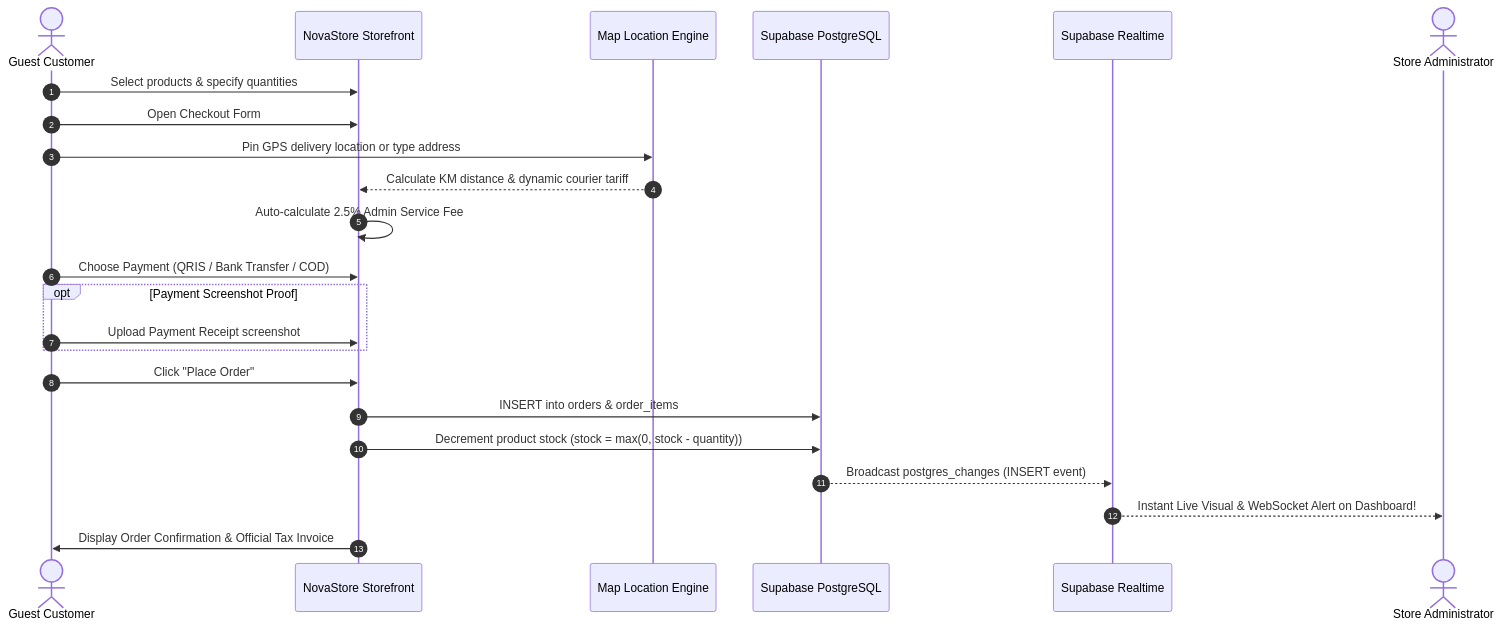
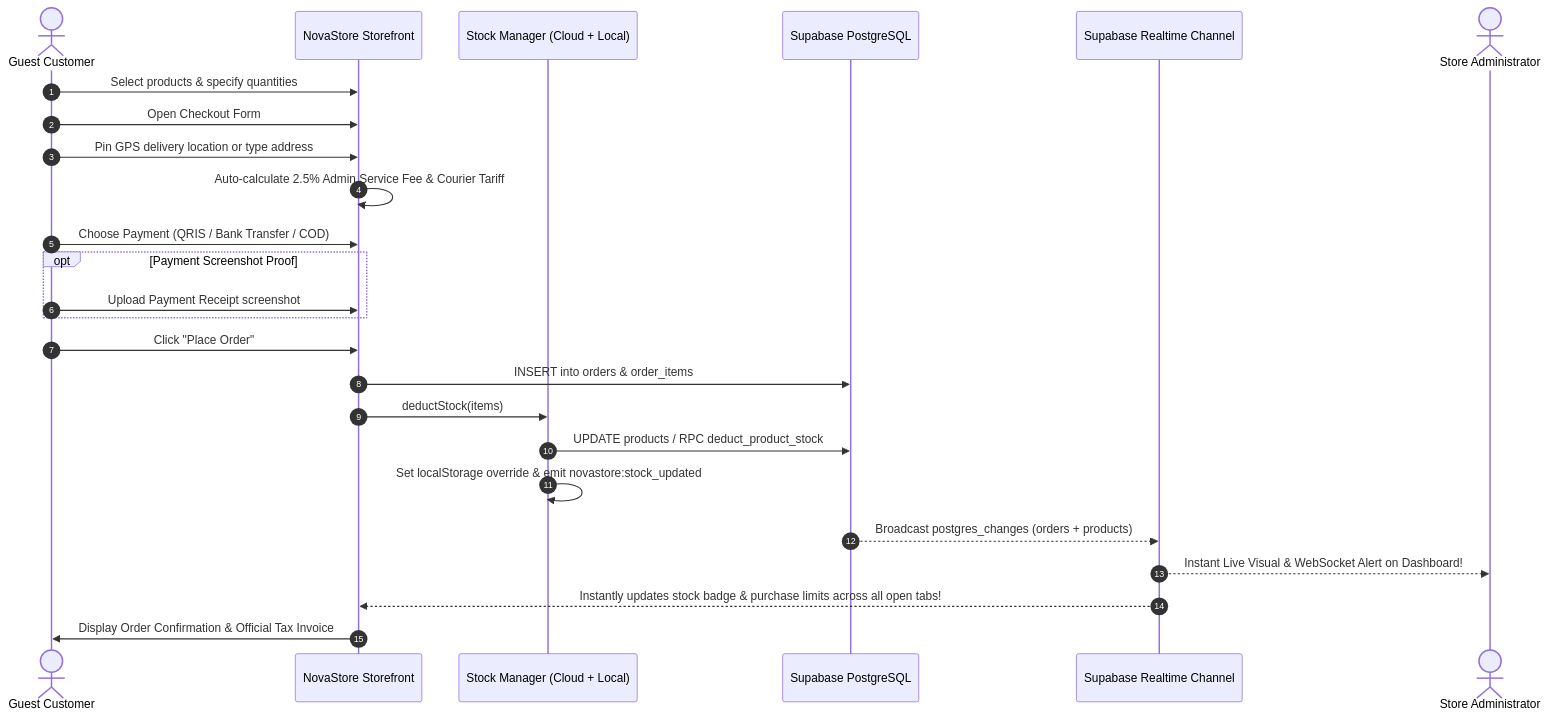
The second of 6 diagrams in docs/SYSTEM_FLOWCHART.md (aam19azmi/Mini-E-Commerce-and-Realtime-Dashboard), drawn with Mermaid before and after one commit. The commit also changed other lines of this file and 14 other files, not shown here.

````diff
--- a/docs/SYSTEM_FLOWCHART.md
+++ b/docs/SYSTEM_FLOWCHART.md
@@ -48,26 +51,28 @@
 ```mermaid
 sequenceDiagram
     autonumber
     actor Customer as Guest Customer
     participant UI as NovaStore Storefront
-    participant Map as Map Location Engine
+    participant SM as Stock Manager (Cloud + Local)
     participant DB as Supabase PostgreSQL
-    participant RT as Supabase Realtime
+    participant RT as Supabase Realtime Channel
     actor Admin as Store Administrator
 
     Customer->>UI: Select products & specify quantities
     Customer->>UI: Open Checkout Form
-    Customer->>Map: Pin GPS delivery location or type address
-    Map-->>UI: Calculate KM distance & dynamic courier tariff
-    UI->>UI: Auto-calculate 2.5% Admin Service Fee
+    Customer->>UI: Pin GPS delivery location or type address
+    UI->>UI: Auto-calculate 2.5% Admin Service Fee & Courier Tariff
     Customer->>UI: Choose Payment (QRIS / Bank Transfer / COD)
     opt Payment Screenshot Proof
         Customer->>UI: Upload Payment Receipt screenshot
     end
     Customer->>UI: Click "Place Order"
     UI->>DB: INSERT into orders & order_items
-    UI->>DB: Decrement product stock (stock = max(0, stock - quantity))
-    DB-->>RT: Broadcast postgres_changes (INSERT event)
+    UI->>SM: deductStock(items)
+    SM->>DB: UPDATE products / RPC deduct_product_stock
+    SM->>SM: Set localStorage override & emit novastore:stock_updated
+    DB-->>RT: Broadcast postgres_changes (orders + products)
     RT-->>Admin: Instant Live Visual & WebSocket Alert on Dashboard!
+    RT-->>UI: Instantly updates stock badge & purchase limits across all open tabs!
     UI->>Customer: Display Order Confirmation & Official Tax Invoice
 ```
````
